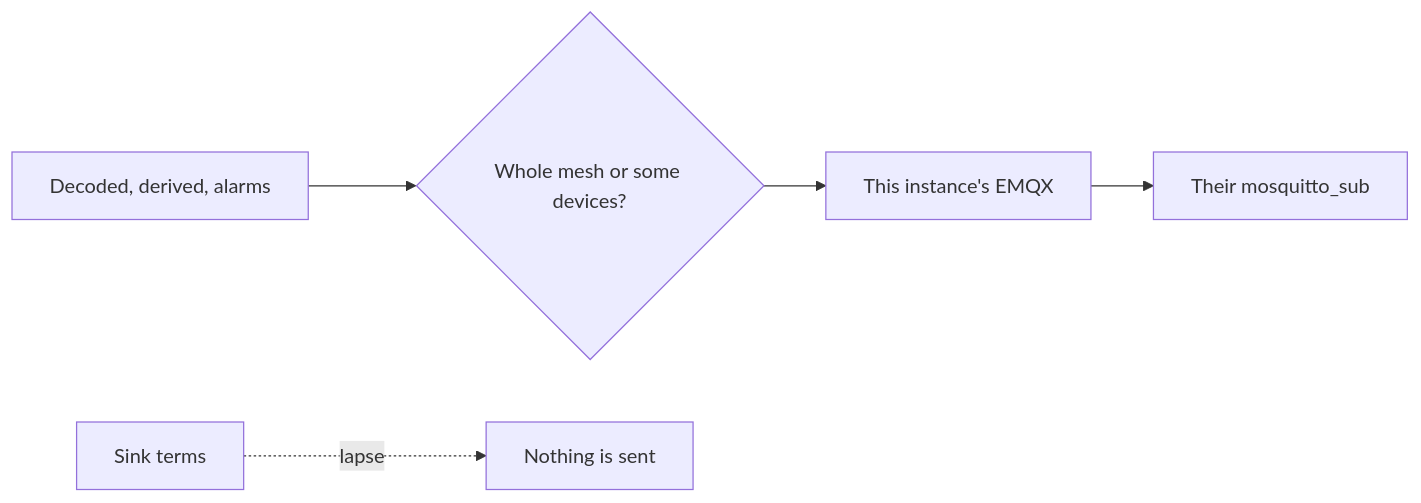
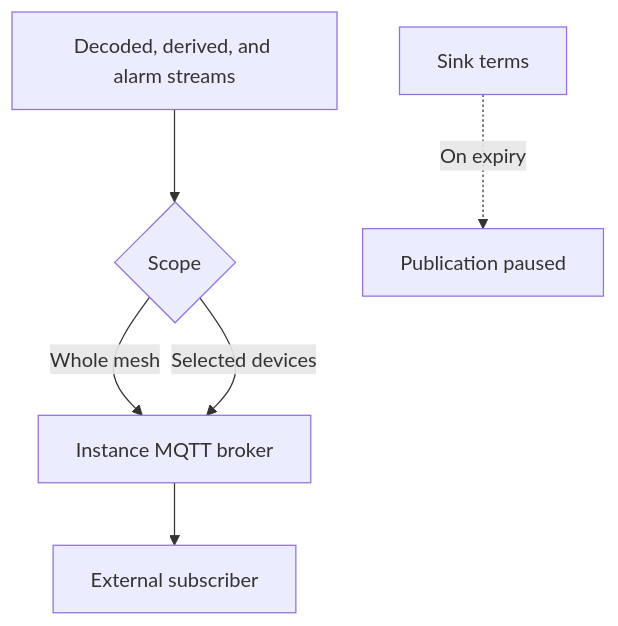
Before and after one commit to sensical-coop/mesh-things-apps: the diagram in apps/web/content/docs/en/sinks.mdx, drawn with Mermaid. The commit also changed other lines of this file and 27 other files, not shown here.

````diff
--- a/apps/web/content/docs/en/sinks.mdx
+++ b/apps/web/content/docs/en/sinks.mdx
@@ -10,7 +10,8 @@
 ```mermaid
-flowchart LR
-  series["Decoded, derived, alarms"] --> pick{"Whole mesh or some devices?"}
-  pick --> emqx["This instance's EMQX"]
-  emqx --> consumer["Their mosquitto_sub"]
-  terms["Sink terms"] -.->|lapse| stop["Nothing is sent"]
+flowchart TD
+  streams["Decoded, derived, and alarm streams"] --> scope{"Scope"}
+  scope -->|Whole mesh| broker["Instance MQTT broker"]
+  scope -->|Selected devices| broker
+  broker --> consumer["External subscriber"]
+  terms["Sink terms"] -.->|On expiry| paused["Publication paused"]
 ```
````
